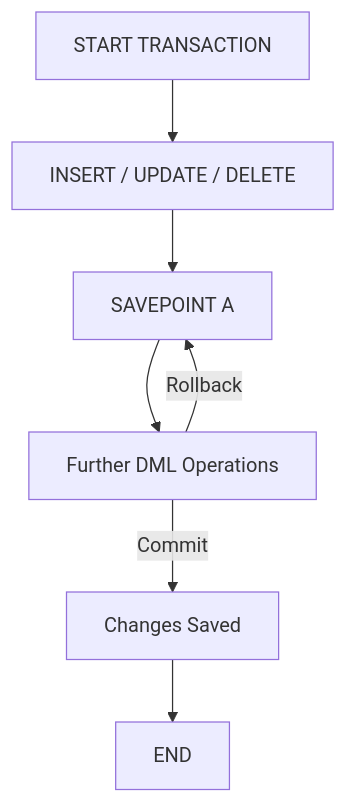
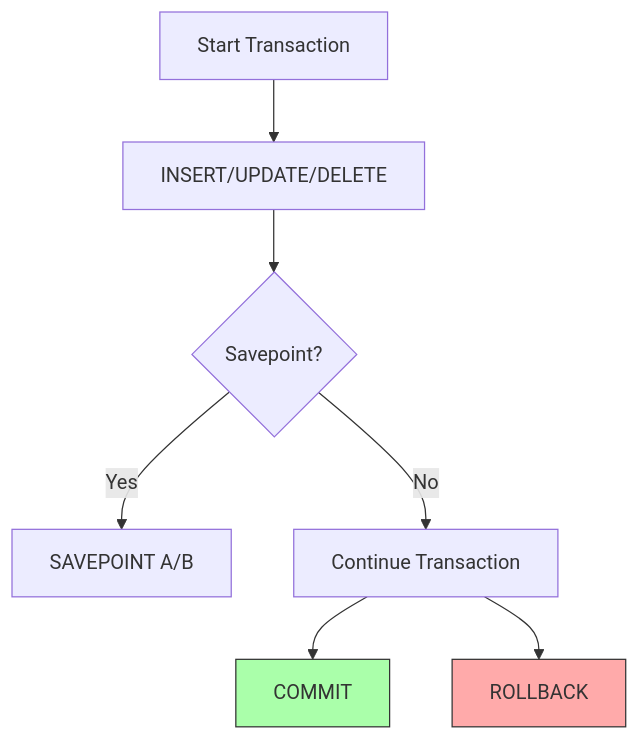
Before and after one commit to 3mr-5aled/ObsidianNotes-ThirdSemester: the first of 2 diagrams in Database/Labs/Lab 4 - DDL & TCL.md, drawn with Mermaid. The commit also changed other lines of this file and 6 other files, not shown here.

````diff
--- a/Database/Labs/Lab 4 - DDL & TCL.md
+++ b/Database/Labs/Lab 4 - DDL & TCL.md
@@ -268,9 +335,11 @@
 ```mermaid
-flowchart TD
-A[START TRANSACTION] --> B[INSERT / UPDATE / DELETE]
-B --> C[SAVEPOINT A]
-C --> D[Further DML Operations]
-D -->|Rollback| C
-D -->|Commit| E[Changes Saved]
-E --> F[END]
+graph TD
+A[Start Transaction] --> B[INSERT/UPDATE/DELETE]
+B --> C{Savepoint?}
+C -->|Yes| D[SAVEPOINT A/B]
+C -->|No| E[Continue Transaction]
+E --> F[COMMIT]:::commit
+E --> G[ROLLBACK]:::rollback
+classDef commit fill:#aaffaa,stroke:#333,stroke-width:1px;
+classDef rollback fill:#ffaaaa,stroke:#333,stroke-width:1px;
 ```
````
